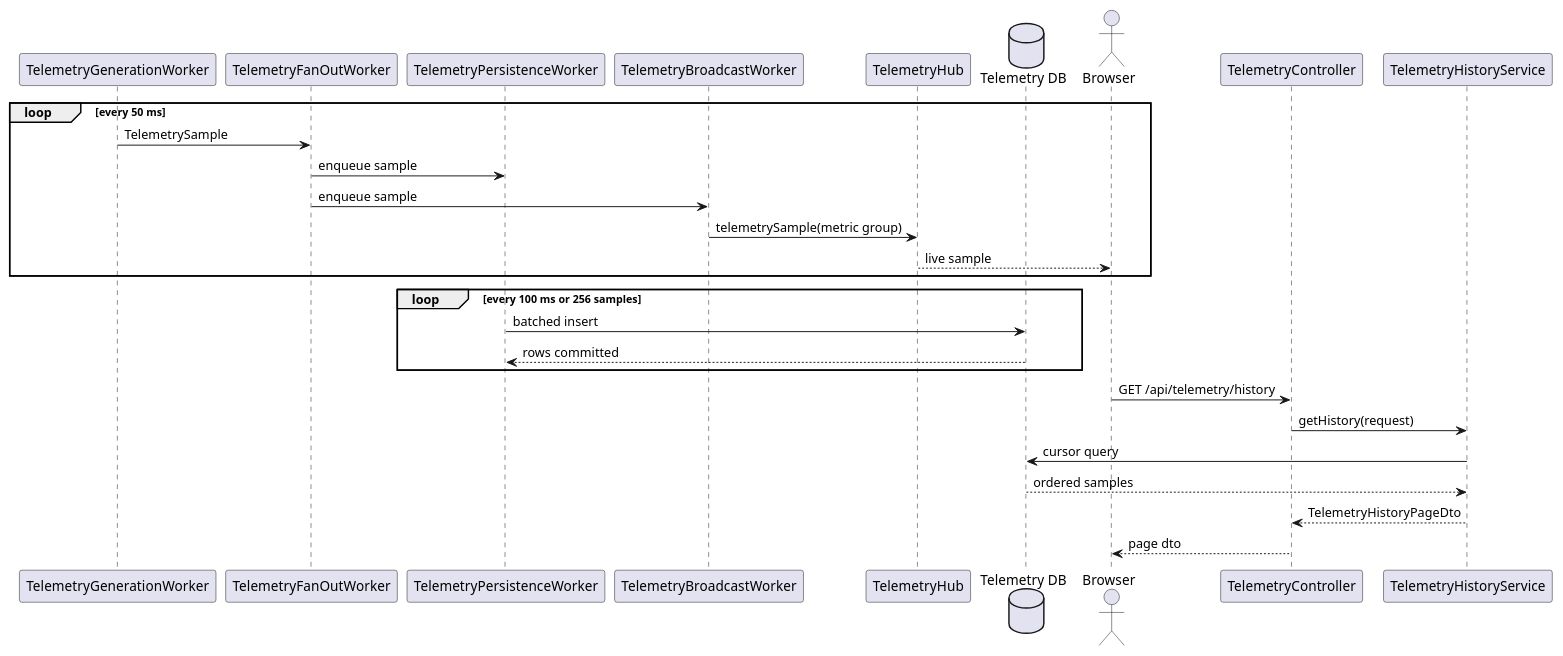
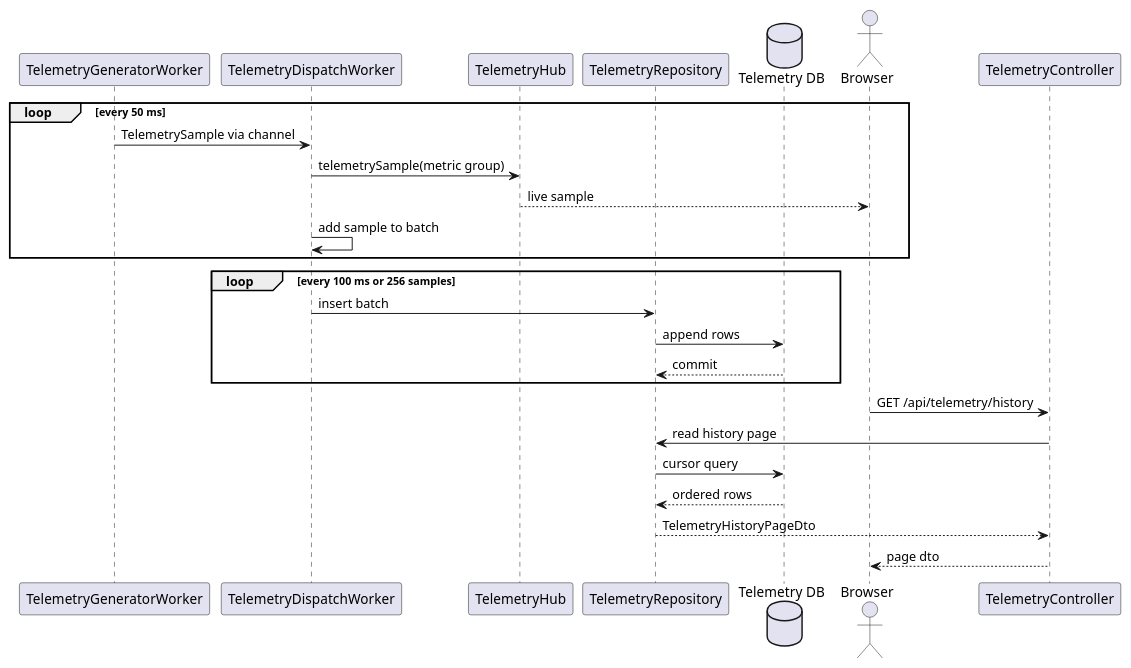
Before and after one commit to QuinntyneBrown/open-mct-real-time-and-historical-telemetry-visualization: the diagram in docs/diagrams/backend-telemetry-platform-sequence.puml, drawn with PlantUML. The commit also changed 10 other files, not shown here.

```diff
--- a/docs/diagrams/backend-telemetry-platform-sequence.puml
+++ b/docs/diagrams/backend-telemetry-platform-sequence.puml
@@ -1,31 +1,29 @@
 @startuml
-participant TelemetryGenerationWorker
-participant TelemetryFanOutWorker
-participant TelemetryPersistenceWorker
-participant TelemetryBroadcastWorker
+participant TelemetryGeneratorWorker
+participant TelemetryDispatchWorker
 participant TelemetryHub
+participant TelemetryRepository
 database "Telemetry DB" as Db
 actor Browser
 participant TelemetryController
-participant TelemetryHistoryService
 
 loop every 50 ms
-  TelemetryGenerationWorker -> TelemetryFanOutWorker : TelemetrySample
-  TelemetryFanOutWorker -> TelemetryPersistenceWorker : enqueue sample
-  TelemetryFanOutWorker -> TelemetryBroadcastWorker : enqueue sample
-  TelemetryBroadcastWorker -> TelemetryHub : telemetrySample(metric group)
+  TelemetryGeneratorWorker -> TelemetryDispatchWorker : TelemetrySample via channel
+  TelemetryDispatchWorker -> TelemetryHub : telemetrySample(metric group)
   TelemetryHub --> Browser : live sample
+  TelemetryDispatchWorker -> TelemetryDispatchWorker : add sample to batch
 end
 
 loop every 100 ms or 256 samples
-  TelemetryPersistenceWorker -> Db : batched insert
-  Db --> TelemetryPersistenceWorker : rows committed
+  TelemetryDispatchWorker -> TelemetryRepository : insert batch
+  TelemetryRepository -> Db : append rows
+  Db --> TelemetryRepository : commit
 end
 
 Browser -> TelemetryController : GET /api/telemetry/history
-TelemetryController -> TelemetryHistoryService : getHistory(request)
-TelemetryHistoryService -> Db : cursor query
-Db --> TelemetryHistoryService : ordered samples
-TelemetryHistoryService --> TelemetryController : TelemetryHistoryPageDto
+TelemetryController -> TelemetryRepository : read history page
+TelemetryRepository -> Db : cursor query
+Db --> TelemetryRepository : ordered rows
+TelemetryRepository --> TelemetryController : TelemetryHistoryPageDto
 TelemetryController --> Browser : page dto
 @enduml
```
